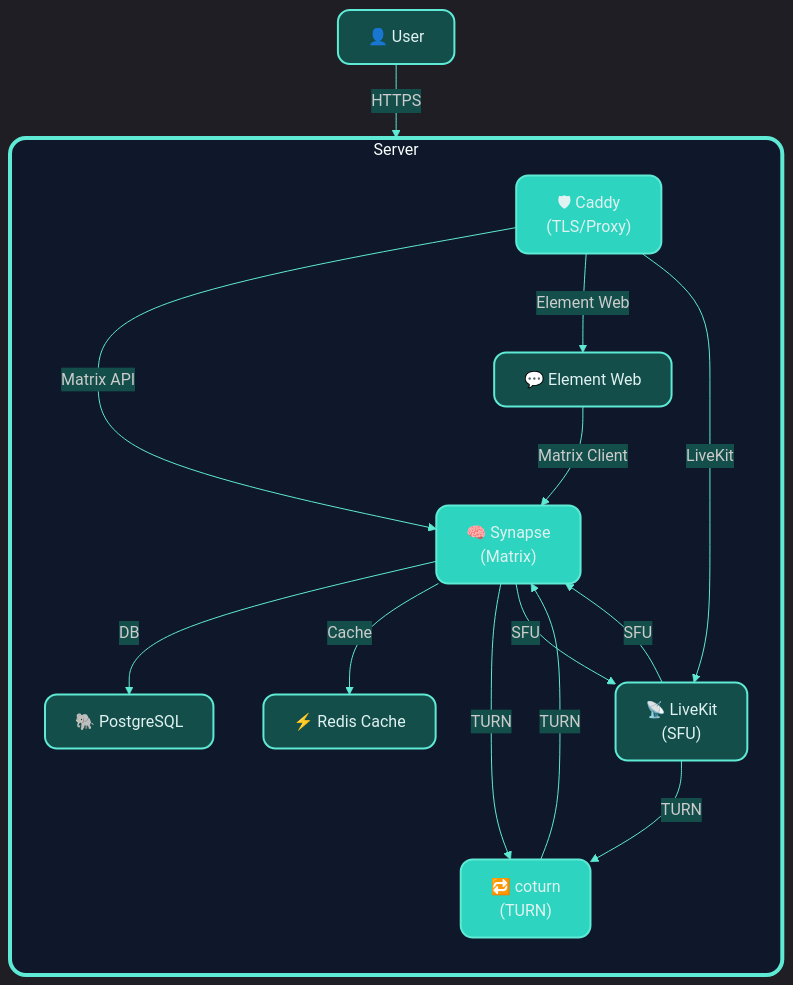
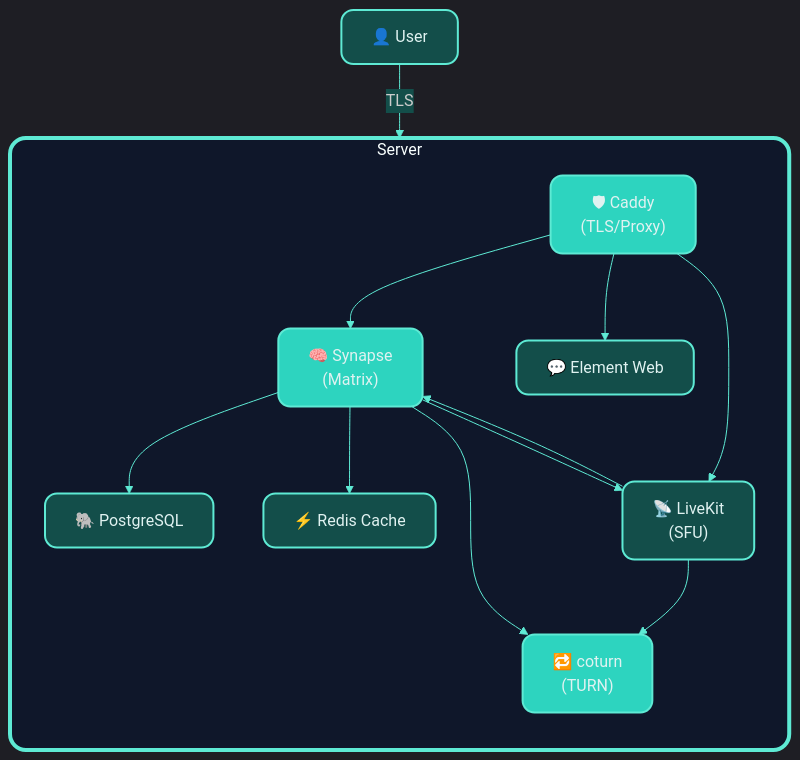
The diagram in README.md (nordwestt/matrix-easy-deploy-kit), drawn with Mermaid before and after one commit.

Commit message:
Simplify

````diff
--- a/README.md
+++ b/README.md
@@ -17,35 +17,33 @@
 ```mermaid
 %%{init: {'theme': 'dark', 'themeVariables': { 'primaryColor': '#2dd4bf', 'edgeLabelBackground':'#134e4a', 'nodeTextColor':'#e0f2f1', 'fontFamily':'Inter', 'nodeBorderRadius':'12px', 'clusterBorderRadius':'16px', 'secondaryColor':'#5eead4', 'tertiaryColor':'#99f6e4', 'lineColor':'#5eead4'}}}%%
 flowchart TD
     subgraph Server["Server"]
         direction TB
         Caddy["🛡 Caddy\n(TLS/Proxy)"]
         Element["💬 Element Web"]
         Synapse["🧠 Synapse\n(Matrix)"]
         PostgreSQL["🐘 PostgreSQL"]
         Redis["⚡ Redis Cache"]
         Coturn["🔁 coturn\n(TURN)"]
         LiveKit["📡 LiveKit\n(SFU)"]
     end
     User["👤 User"]
-    User -->|HTTPS| Caddy
-    Caddy -->|Matrix API| Synapse
-    Caddy -->|Element Web| Element
-    Caddy -->|LiveKit| LiveKit
-    Element -->|Matrix Client| Synapse
-    Synapse -->|DB| PostgreSQL
-    Synapse -->|Cache| Redis
-    Synapse -->|TURN| Coturn
-    Synapse -->|SFU| LiveKit
-    Coturn -->|TURN| Synapse
-    LiveKit -->|SFU| Synapse
-    LiveKit -->|TURN| Coturn
+    User -->|TLS| Caddy
+    Caddy --> Synapse
+    Caddy --> Element
+    Caddy --> LiveKit
+    Synapse --> PostgreSQL
+    Synapse --> Redis
+    Synapse --> Coturn
+    Synapse --> LiveKit
+    LiveKit --> Synapse
+    LiveKit --> Coturn
     classDef teal fill:#2dd4bf,stroke:#5eead4,stroke-width:2px,color:#e0f2f1,rx:12px;
     classDef mint fill:#134e4a,stroke:#5eead4,stroke-width:2px,color:#e0f2f1,rx:12px;
     class Caddy,Synapse,Coturn teal;
     class Element,PostgreSQL,Redis,LiveKit mint;
     class User mint;
     style Server stroke:#5eead4,stroke-width:4px,rx:16px,fill:#0f172a;
     style User stroke:#5eead4,stroke-width:2px,rx:12px;
 
 ```
````
